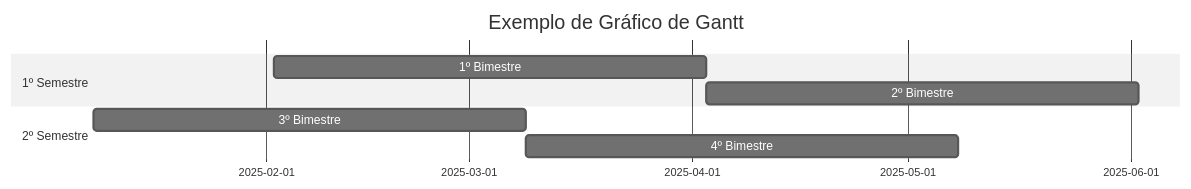
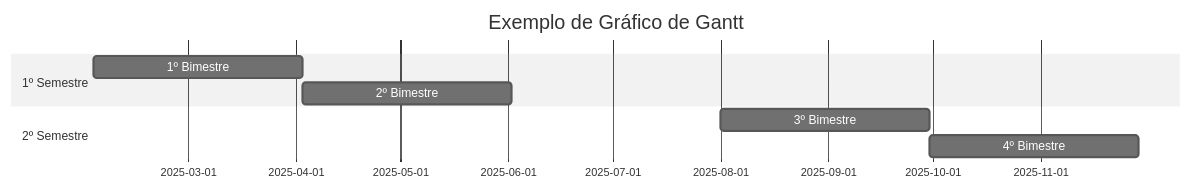
The first of 3 diagrams in README.md (ramtrigodev/grafico_gant), drawn with Mermaid (neutral theme) before and after one commit.

````diff
--- a/README.md
+++ b/README.md
@@ -2,12 +2,12 @@
 ```mermaid
 gantt
     title Exemplo de Gráfico de Gantt
     dateFormat  YYYY-MM-DD
     section 1º Semestre
     1º Bimestre :a1, 2025-02-02, 60d
     2º Bimestre  :a2, after a1, 60d
     section  2º Semestre
-   3º Bimestre :a3, 01-08-2025,60d
+   3º Bimestre :a3, 2025-08-01,60d
    4º Bimestre :a4, after a3,60d
   
 ```
````
